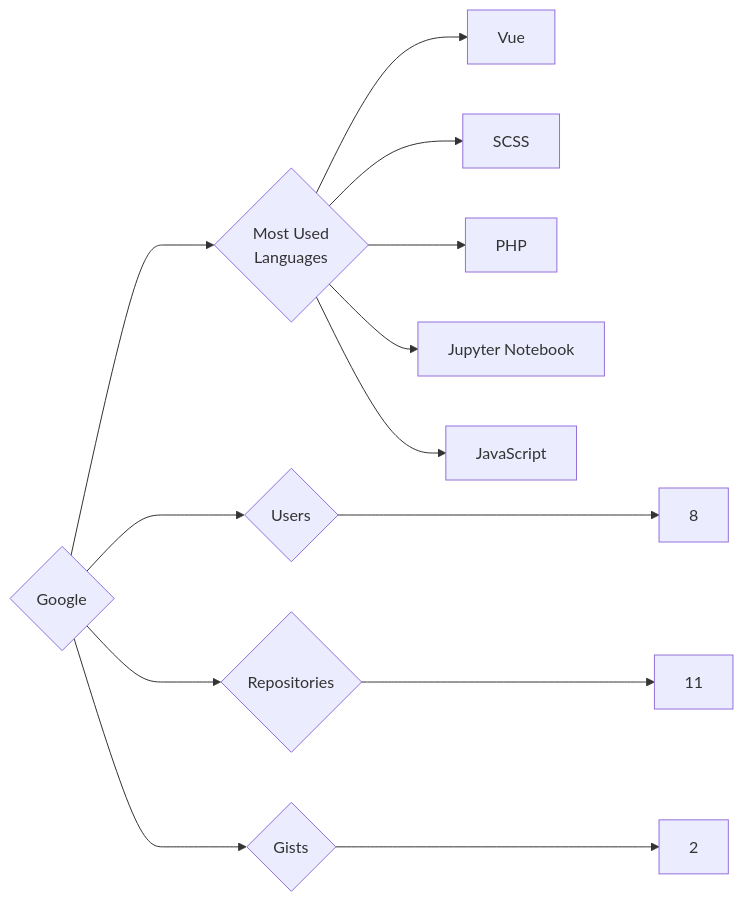
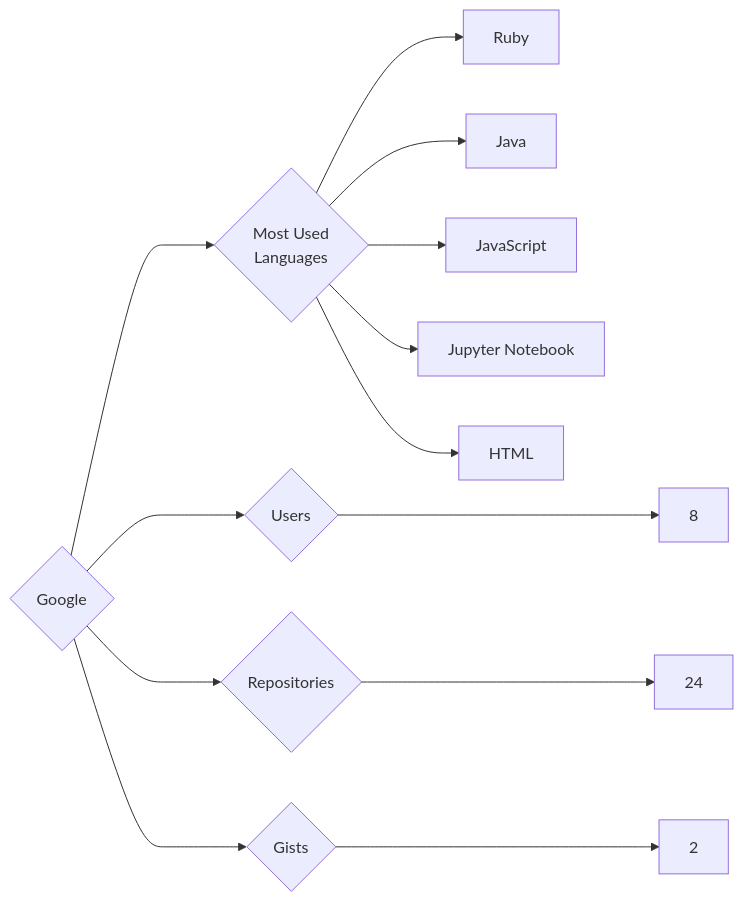
One commit to trickest/insiders changed the diagram in targets/Google/README.md. Above: the diagram before and after it, drawn with Mermaid. The commit also changed 933 other files, not shown here.

````diff
--- a/targets/Google/README.md
+++ b/targets/Google/README.md
@@ -3,13 +3,13 @@
 ```mermaid
 graph LR
 COMPANY_NAME{Google}
 COMPANY_NAME ---> U{Users} ---> UN[8]
-COMPANY_NAME ---> R{Repositories} ---> RN[11]
+COMPANY_NAME ---> R{Repositories} ---> RN[24]
 COMPANY_NAME ---> G{Gists} ---> GN[2]
 COMPANY_NAME ---> ML{Most Used<br>Languages}
-ML --> Vue[Vue]
-ML --> SCSS[SCSS]
-ML --> PHP[PHP]
+ML --> Ruby[Ruby]
+ML --> Java[Java]
+ML --> JavaScript[JavaScript]
 ML --> Jupyter_Notebook[Jupyter Notebook]
-ML --> JavaScript[JavaScript]
+ML --> HTML[HTML]
 ```
````
